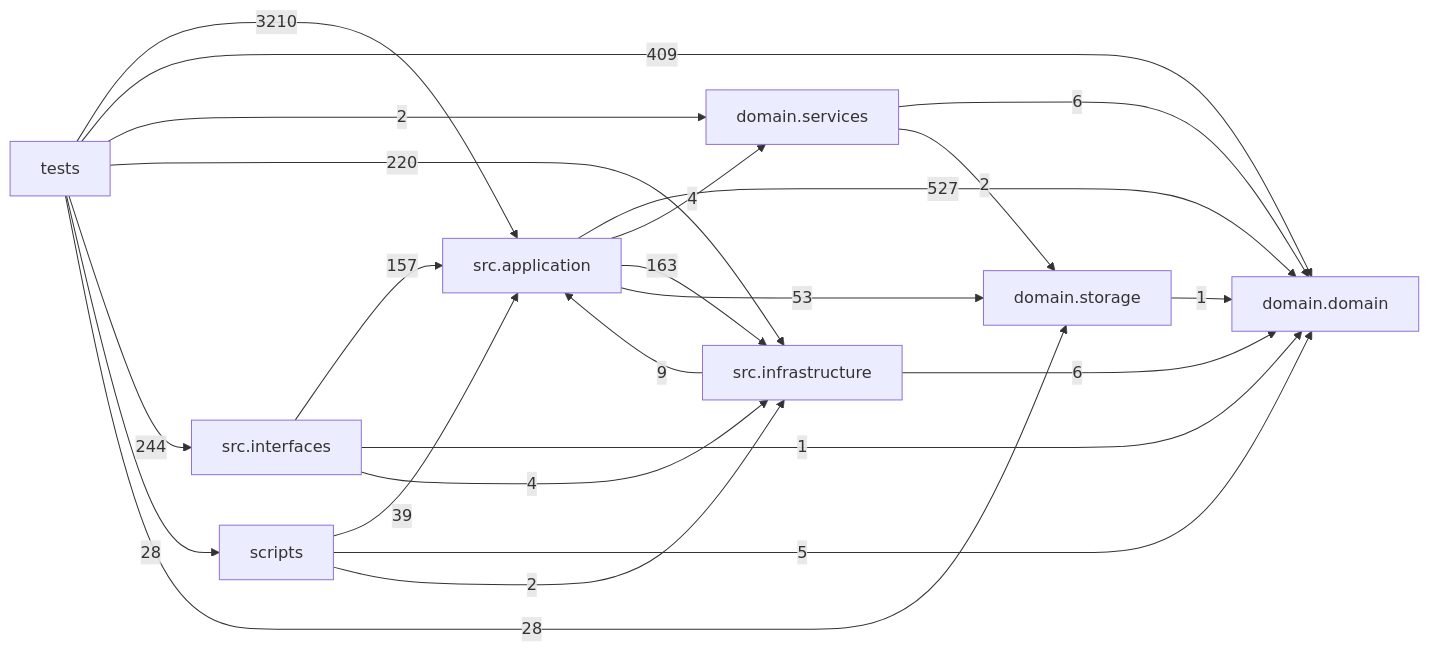
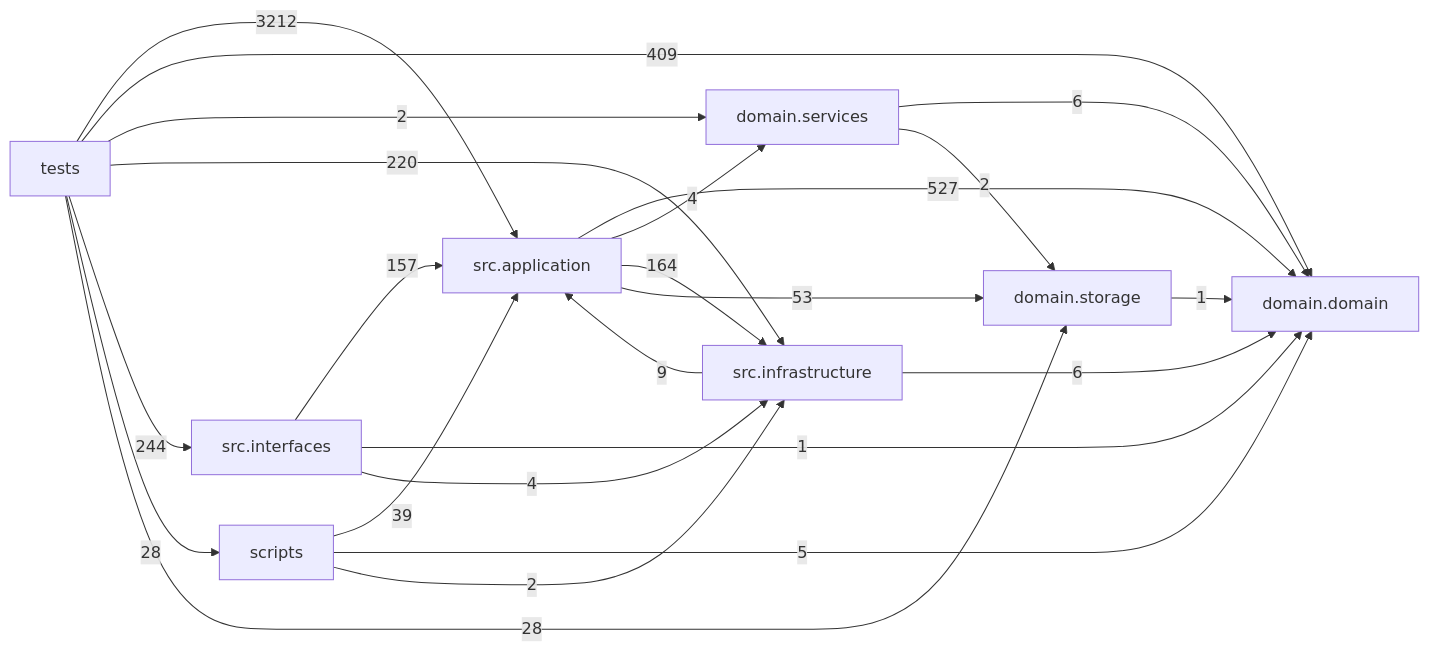
One commit to liuxie066/options-monitor changed the diagram in docs/DEPENDENCY_GRAPH.md. Above: the diagram before and after it, drawn with Mermaid. The commit also changed other lines of this file and 5 other files, not shown here.

````diff
--- a/docs/DEPENDENCY_GRAPH.md
+++ b/docs/DEPENDENCY_GRAPH.md
@@ -24,33 +24,33 @@
 ```mermaid
 flowchart LR
   tests["tests"]
   scripts["scripts"]
   interfaces["src.interfaces"]
   application["src.application"]
   infrastructure["src.infrastructure"]
   domain_services["domain.services"]
   domain["domain.domain"]
   storage["domain.storage"]
   application -->|527| domain
   application -->|4| domain_services
-  application -->|163| infrastructure
+  application -->|164| infrastructure
   application -->|53| storage
   domain_services -->|6| domain
   domain_services -->|2| storage
   infrastructure -->|9| application
   infrastructure -->|6| domain
   interfaces -->|157| application
   interfaces -->|1| domain
   interfaces -->|4| infrastructure
   scripts -->|39| application
   scripts -->|5| domain
   scripts -->|2| infrastructure
   storage -->|1| domain
-  tests -->|3210| application
+  tests -->|3212| application
   tests -->|409| domain
   tests -->|2| domain_services
   tests -->|220| infrastructure
   tests -->|244| interfaces
   tests -->|28| scripts
   tests -->|28| storage
 ```
````
